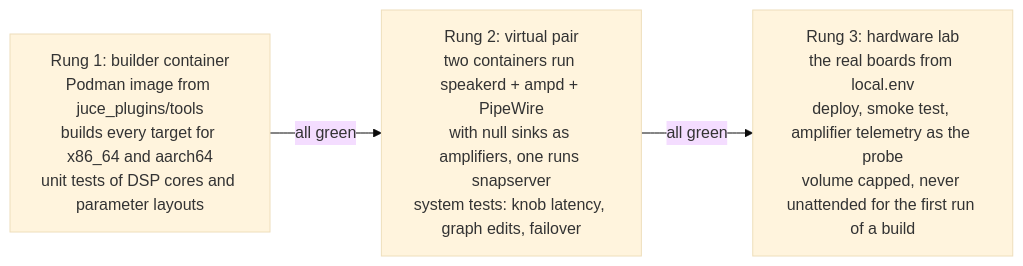
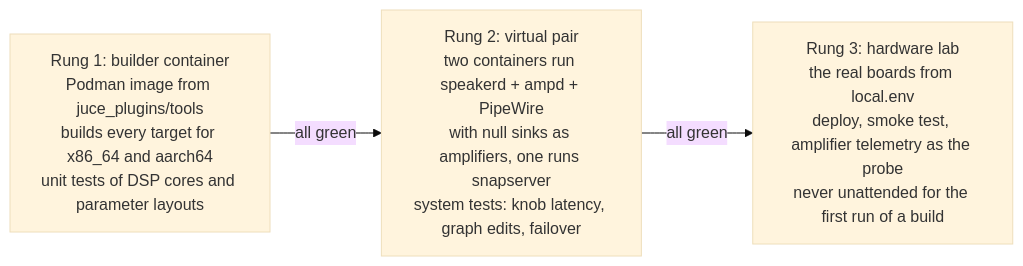
Before and after one commit to AMuszkat/bpi_amp_platform: the first of 6 diagrams in docs/autonomous-development.md, drawn with Mermaid (base theme). The commit also changed other lines of this file and 12 other files, not shown here.

````diff
--- a/docs/autonomous-development.md
+++ b/docs/autonomous-development.md
@@ -21,7 +21,7 @@
 ```mermaid
 flowchart LR
     dev["Rung 1: builder container<br/>Podman image from juce_plugins/tools<br/>builds every target for x86_64 and aarch64<br/>unit tests of DSP cores and parameter layouts"]
     vp["Rung 2: virtual pair<br/>two containers run speakerd + ampd + PipeWire<br/>with null sinks as amplifiers, one runs snapserver<br/>system tests: knob latency, graph edits, failover"]
-    hw["Rung 3: hardware lab<br/>the real boards from local.env<br/>deploy, smoke test, amplifier telemetry as the probe<br/>volume capped, never unattended for the first run of a build"]
+    hw["Rung 3: hardware lab<br/>the real boards from local.env<br/>deploy, smoke test, amplifier telemetry as the probe<br/>never unattended for the first run of a build"]
     dev -- "all green" --> vp -- "all green" --> hw
 ```
````
